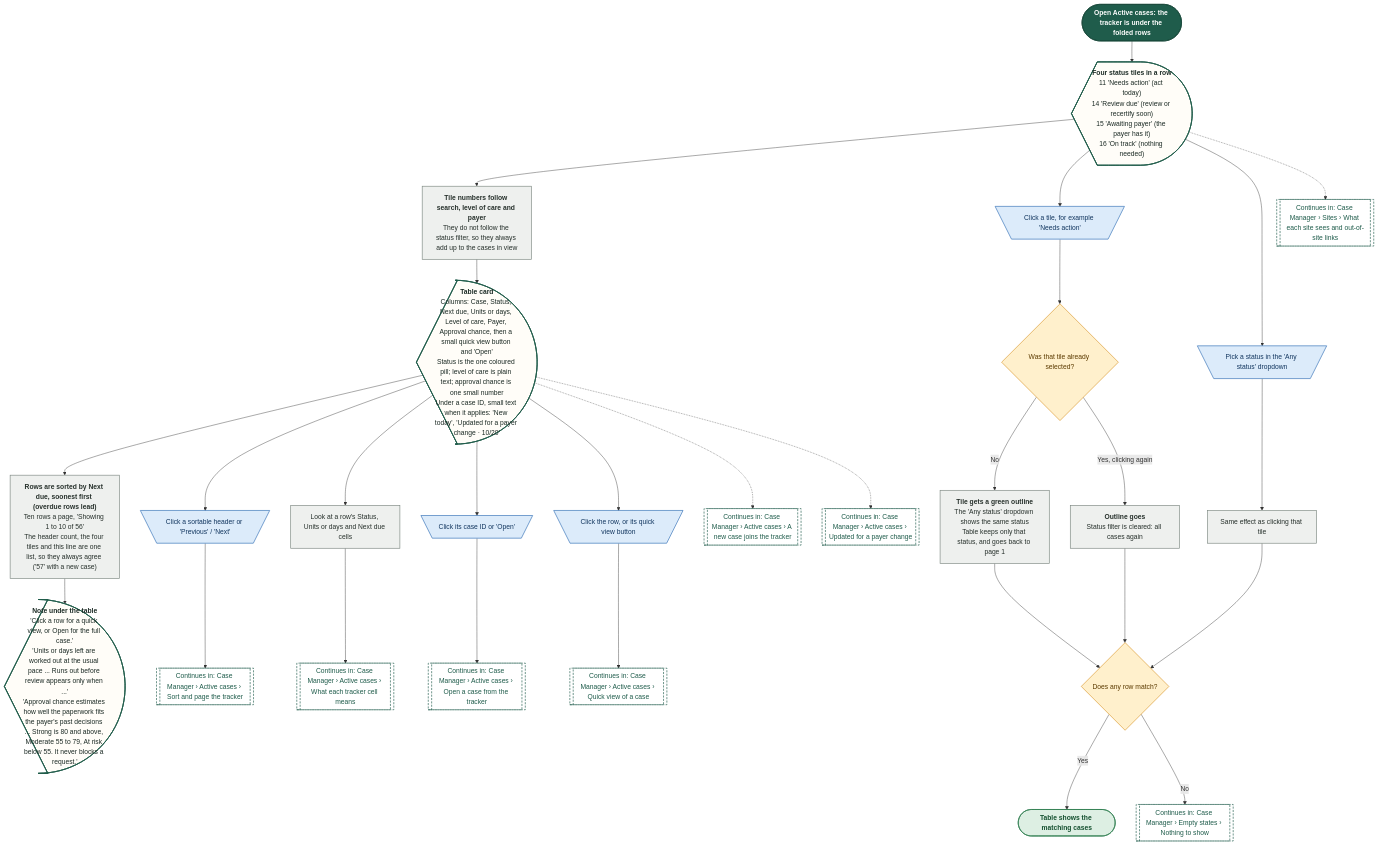
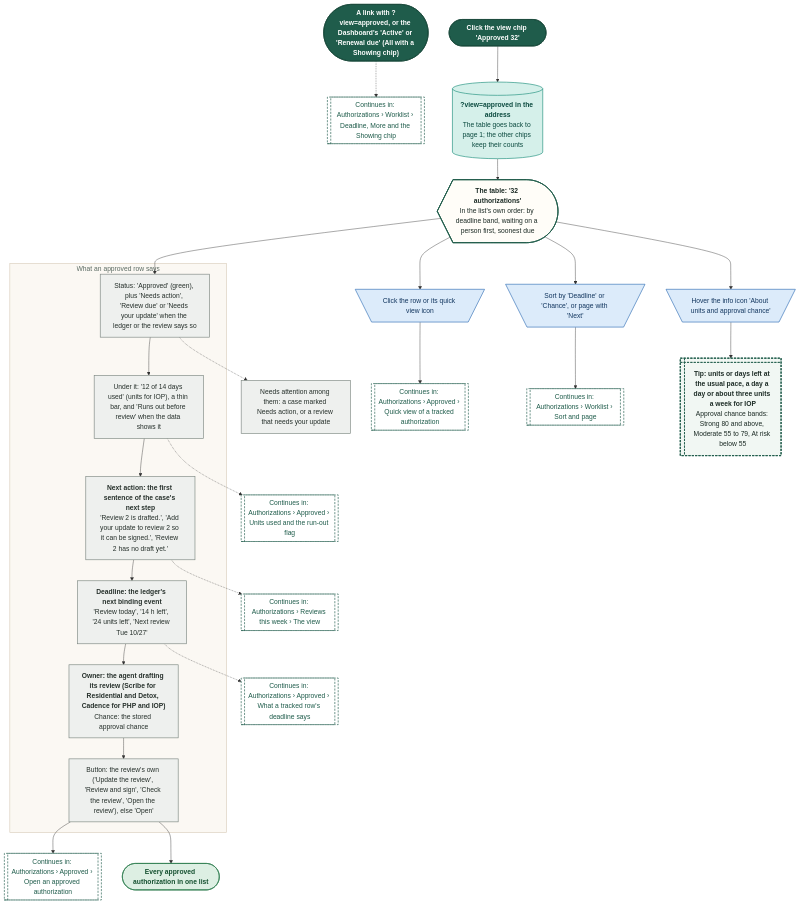
Before and after one commit to Shrav143/psyfloapp: the sixth of 20 diagrams in demos/prior-auth-demo/workflows/out/md/07-case-manager.md, drawn with Mermaid. The commit also changed other lines of this file and 113 other files, not shown here.

First line of the commit message:
docs: workflow diagrams for the merged Authorizations (worklist, approved, reviews and tracked cases, sidebar arrow), every link retargeted, 336 diagrams

````diff
--- a/demos/prior-auth-demo/workflows/out/md/07-case-manager.md
+++ b/demos/prior-auth-demo/workflows/out/md/07-case-manager.md
@@ -527,70 +402,66 @@
 ```mermaid
 %%{init: {"theme":"base","themeVariables":{"fontFamily":"'DM Sans', 'Segoe UI', system-ui, sans-serif","fontSize":"15px","lineColor":"#5B6B63","primaryTextColor":"#1C2B25","clusterBkg":"#FBF8F3","clusterBorder":"#D9CDBB","edgeLabelBackground":"#FFFFFF"},"flowchart":{"curve":"basis","nodeSpacing":36,"rankSpacing":48,"padding":12,"htmlLabels":true,"useMaxWidth":false,"wrappingWidth":230}} }%%
 flowchart TD
   classDef k_start fill:#1F5C4B,stroke:#174638,color:#FFFFFF,stroke-width:1.5px,font-weight:600
   classDef k_end fill:#DDEFE3,stroke:#2E7D4F,color:#14502F,stroke-width:1.5px,font-weight:600
   classDef k_endx fill:#FBE3E0,stroke:#C0392B,color:#7A1F16,stroke-width:1.5px,font-weight:600
   classDef k_screen fill:#FFFDF8,stroke:#1F5C4B,color:#1C2B25,stroke-width:2px
   classDef k_overlay fill:#F1F7F3,stroke:#1F5C4B,color:#1C2B25,stroke-width:2px,stroke-dasharray:5 3
   classDef k_click fill:#DCEBFA,stroke:#2F6DB5,color:#12365F,stroke-width:1.5px
   classDef k_input fill:#E4E7FF,stroke:#4C5FD5,color:#1D2670,stroke-width:1.5px
   classDef k_process fill:#EEF0EE,stroke:#7A857F,color:#26302B,stroke-width:1.5px
   classDef k_agent fill:#EEE5FA,stroke:#7A4FC2,color:#341A63,stroke-width:1.5px
   classDef k_decision fill:#FFF0CC,stroke:#D9962B,color:#5C3B00,stroke-width:1.5px
   classDef k_store fill:#D5F0EA,stroke:#1C8E7B,color:#0B4A3F,stroke-width:1.5px
   classDef k_doc fill:#F6E9DC,stroke:#B07A4C,color:#4A2E14,stroke-width:1.5px
   classDef k_ext fill:#FFE6D2,stroke:#E07B39,color:#6B2F06,stroke-width:1.5px
   classDef k_wait fill:#E4E8EE,stroke:#6B7C93,color:#26303D,stroke-width:1.5px
   classDef k_toast fill:#FFF9DB,stroke:#C9A400,color:#5A4A00,stroke-width:1.5px
   classDef k_goto fill:#FFFFFF,stroke:#1F5C4B,color:#1F5C4B,stroke-width:1.5px,stroke-dasharray:5 3
-  s1@{ shape: stadium, label: "Open Active cases: the tracker is under the folded rows" }
-  t0@{ shape: curv-trap, label: "<b>Four status tiles in a row</b><br/>11 'Needs action' (act today)<br/>14 'Review due' (review or recertify soon)<br/>15 'Awaiting payer' (the payer has it)<br/>16 'On track' (nothing needed)" }
-  p0@{ shape: rect, label: "<b>Tile numbers follow search, level of care and payer</b><br/>They do not follow the status filter, so they always add up to the cases in view" }
-  t1@{ shape: curv-trap, label: "<b>Table card</b><br/>Columns: Case, Status, Next due, Units or days, Level of care, Payer, Approval chance, then a small quick view button and 'Open'<br/>Status is the one coloured pill; level of care is plain text; approval chance is one small number<br/>Under a case ID, small text when it applies: 'New today', 'Updated for a payer change · 10/20'" }
-  p1@{ shape: rect, label: "<b>Rows are sorted by Next due, soonest first (overdue rows lead)</b><br/>Ten rows a page, 'Showing 1 to 10 of 56'<br/>The header count, the four tiles and this line are one list, so they always agree ('57' with a new case)" }
-  t2@{ shape: curv-trap, label: "<b>Note under the table</b><br/>'Click a row for a quick view, or Open for the full case.'<br/>'Units or days left are worked out at the usual pace ... Runs out before review appears only when ...'<br/>'Approval chance estimates how well the paperwork fits the payer's past decisions ... Strong is 80 and above, Moderate 55 to 79, At risk below 55. It never blocks a request.'" }
-  c1@{ shape: trap-t, label: "Click a tile, for example 'Needs action'" }
-  d1@{ shape: diam, label: "Was that tile already selected?" }
-  p2@{ shape: rect, label: "<b>Tile gets a green outline</b><br/>The 'Any status' dropdown shows the same status<br/>Table keeps only that status, and goes back to page 1" }
-  p3@{ shape: rect, label: "<b>Outline goes</b><br/>Status filter is cleared: all cases again" }
-  c2@{ shape: trap-t, label: "Pick a status in the 'Any status' dropdown" }
-  p4@{ shape: rect, label: "Same effect as clicking that tile" }
-  c3@{ shape: trap-t, label: "Click a sortable header or 'Previous' / 'Next'" }
-  g1@{ shape: subproc, label: "Continues in: Case Manager › Active cases › Sort and page the tracker" }
-  c4@{ shape: rect, label: "Look at a row's Status, Units or days and Next due cells" }
-  g2@{ shape: subproc, label: "Continues in: Case Manager › Active cases › What each tracker cell means" }
-  c5@{ shape: trap-t, label: "Click its case ID or 'Open'" }
-  g3@{ shape: subproc, label: "Continues in: Case Manager › Active cases › Open a case from the tracker" }
-  c6@{ shape: trap-t, label: "Click the row, or its quick view button" }
-  g7@{ shape: subproc, label: "Continues in: Case Manager › Active cases › Quick view of a case" }
-  g8@{ shape: subproc, label: "Continues in: Case Manager › Sites › What each site sees and out-of-site links" }
-  d2@{ shape: diam, label: "Does any row match?" }
-  g4@{ shape: subproc, label: "Continues in: Case Manager › Empty states › Nothing to show" }
-  g5@{ shape: subproc, label: "Continues in: Case Manager › Active cases › A new case joins the tracker" }
-  g6@{ shape: subproc, label: "Continues in: Case Manager › Active cases › Updated for a payer change" }
-  e1@{ shape: stadium, label: "Table shows the matching cases" }
-  s1 --> t0 --> p0 --> t1 --> p1 --> t2
-  t0 --> c1 --> d1
-  d1 -->|"No"| p2
-  d1 -->|"Yes, clicking again"| p3
-  t0 --> c2 --> p4
-  p2 --> d2
-  p3 --> d2
-  p4 --> d2
-  d2 -->|"Yes"| e1
-  d2 -->|"No"| g4
-  t1 --> c3 --> g1
-  t1 --> c4 --> g2
-  t1 --> c5 --> g3
-  t1 --> c6 --> g7
-  t0 -.-> g8
-  t1 -.-> g5
-  t1 -.-> g6
-  class s1 k_start
-  class t0,t1,t2 k_screen
-  class p0,p1,p2,p3,p4,c4 k_process
-  class c1,c2,c3,c5,c6 k_click
-  class d1,d2 k_decision
-  class g1,g2,g3,g7,g8,g4,g5,g6 k_goto
+  s1@{ shape: stadium, label: "Click the view chip 'Approved 32'" }
+  s2@{ shape: stadium, label: "A link with ?view=approved, or the Dashboard's 'Active' or 'Renewal due' (All with a Showing chip)" }
+  gS@{ shape: subproc, label: "Continues in: Authorizations › Worklist › Deadline, More and the Showing chip" }
+  ad@{ shape: cyl, label: "<b>?view=approved in the address</b><br/>The table goes back to page 1; the other chips keep their counts" }
+  tb@{ shape: curv-trap, label: "<b>The table: '32 authorizations'</b><br/>In the list's own order: by deadline band, waiting on a person first, soonest due" }
+  subgraph gRow ["What an approved row says"]
+  c1@{ shape: rect, label: "Status: 'Approved' (green), plus 'Needs action', 'Review due' or 'Needs your update' when the ledger or the review says so" }
+  c2@{ shape: rect, label: "Under it: '12 of 14 days used' (units for IOP), a thin bar, and 'Runs out before review' when the data shows it" }
+  c3@{ shape: rect, label: "<b>Next action: the first sentence of the case's next step</b><br/>'Review 2 is drafted.', 'Add your update to review 2 so it can be signed.', 'Review 2 has no draft yet.'" }
+  c4@{ shape: rect, label: "<b>Deadline: the ledger's next binding event</b><br/>'Review today', '14 h left', '24 units left', 'Next review Tue 10/27'" }
+  c5@{ shape: rect, label: "<b>Owner: the agent drafting its review (Scribe for Residential and Detox, Cadence for PHP and IOP)</b><br/>Chance: the stored approval chance" }
+  c6@{ shape: rect, label: "Button: the review's own ('Update the review', 'Review and sign', 'Check the review', 'Open the review'), else 'Open'" }
+  end
+  gU@{ shape: subproc, label: "Continues in: Authorizations › Approved › Units used and the run-out flag" }
+  gD@{ shape: subproc, label: "Continues in: Authorizations › Approved › What a tracked row's deadline says" }
+  gO@{ shape: subproc, label: "Continues in: Authorizations › Approved › Open an approved authorization" }
+  cq@{ shape: trap-t, label: "Click the row or its quick view icon" }
+  gQ@{ shape: subproc, label: "Continues in: Authorizations › Approved › Quick view of a tracked authorization" }
+  cs@{ shape: trap-t, label: "Sort by 'Deadline' or 'Chance', or page with 'Next'" }
+  gP@{ shape: subproc, label: "Continues in: Authorizations › Worklist › Sort and page" }
+  ci@{ shape: trap-t, label: "Hover the info icon 'About units and approval chance'" }
+  oi@{ shape: win-pane, label: "<b>Tip: units or days left at the usual pace, a day a day or about three units a week for IOP</b><br/>Approval chance bands: Strong 80 and above, Moderate 55 to 79, At risk below 55" }
+  na@{ shape: rect, label: "Needs attention among them: a case marked Needs action, or a review that needs your update" }
+  gR@{ shape: subproc, label: "Continues in: Authorizations › Reviews this week › The view" }
+  e1@{ shape: stadium, label: "Every approved authorization in one list" }
+  s1 --> ad --> tb
+  s2 -.-> gS
+  tb --> c1 --> c2 --> c3 --> c4 --> c5 --> c6
+  c2 -.-> gU
+  c4 -.-> gD
+  c6 --> gO
+  c1 -.-> na
+  tb --> cq --> gQ
+  tb --> cs --> gP
+  tb --> ci --> oi
+  c3 -.-> gR
+  c6 --> e1
+  class s1,s2 k_start
+  class gS,gU,gD,gO,gQ,gP,gR k_goto
+  class ad k_store
+  class tb k_screen
+  class c1,c2,c3,c4,c5,c6,na k_process
+  class cq,cs,ci k_click
+  class oi k_overlay
   class e1 k_end
+  style gRow fill:#FBF8F3,stroke:#D9CDBB,stroke-width:1.5px,color:#5B6B63
 ```
````
